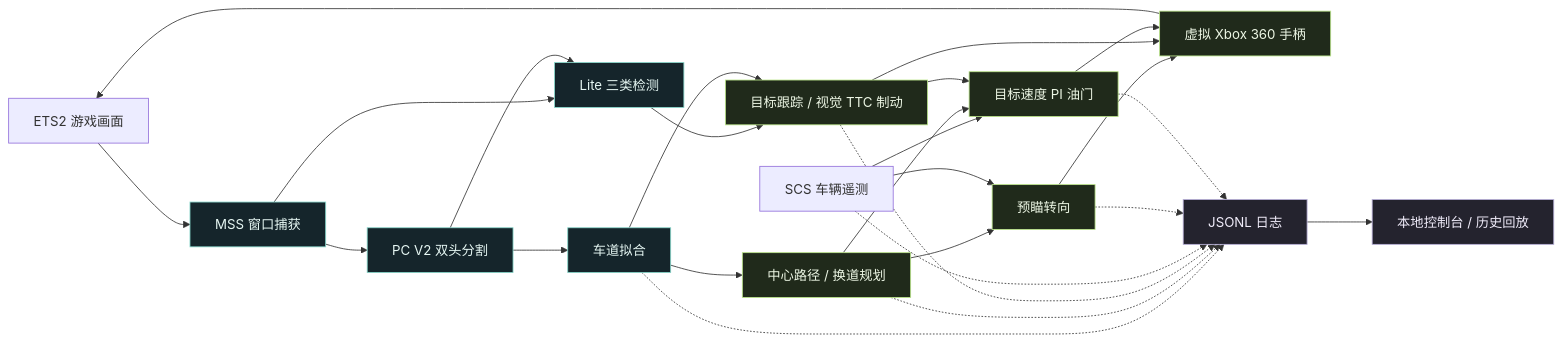
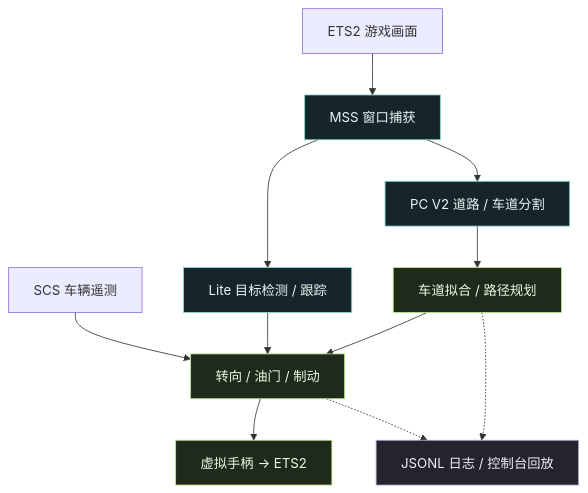
One commit to HenryG03124/Universal-Autopilot changed the diagram in README.md. Above: the diagram before and after it, drawn with Mermaid. The commit also changed 1 other file, not shown here.

Commit message:
Improve README pipeline readability on GitHub

````diff
--- a/README.md
+++ b/README.md
@@ -53,34 +53,20 @@
 ```mermaid
-flowchart LR
+flowchart TD
     A[ETS2 游戏画面] --> B[MSS 窗口捕获]
-    B --> C[PC V2 双头分割]
-    B --> D[Lite 三类检测]
-    C --> E[车道拟合]
-    C --> D
-    E --> F[中心路径 / 换道规划]
-    F --> G[预瞄转向]
-    D --> H[目标跟踪 / 视觉 TTC 制动]
-    E --> H
-    T[SCS 车辆遥测] --> G
-    T --> I[目标速度 PI 油门]
-    F --> I
-    H --> I
-    G --> J[虚拟 Xbox 360 手柄]
-    H --> J
-    I --> J
-    J --> A
-    E -.-> K[JSONL 日志]
-    F -.-> K
-    H -.-> K
-    T -.-> K
-    G -.-> K
-    I -.-> K
-    K --> L[本地控制台 / 历史回放]
+    B --> C[PC V2 道路 / 车道分割]
+    B --> D[Lite 目标检测 / 跟踪]
+    C --> E[车道拟合 / 路径规划]
+    E --> F[转向 / 油门 / 制动]
+    D --> F
+    T[SCS 车辆遥测] --> F
+    F --> G[虚拟手柄 → ETS2]
+    E -.-> H[JSONL 日志 / 控制台回放]
+    F -.-> H
 
     classDef vision fill:#15252B,stroke:#87D7CB,color:#E6F7F3
     classDef control fill:#202A1B,stroke:#BBE58A,color:#EDF7E5
     classDef inspect fill:#24232E,stroke:#B6AED6,color:#F0ECFA
-    class B,C,D,E vision
-    class F,G,H,I,J control
-    class K,L inspect
+    class B,C,D vision
+    class E,F,G control
+    class H inspect
 ```
````
